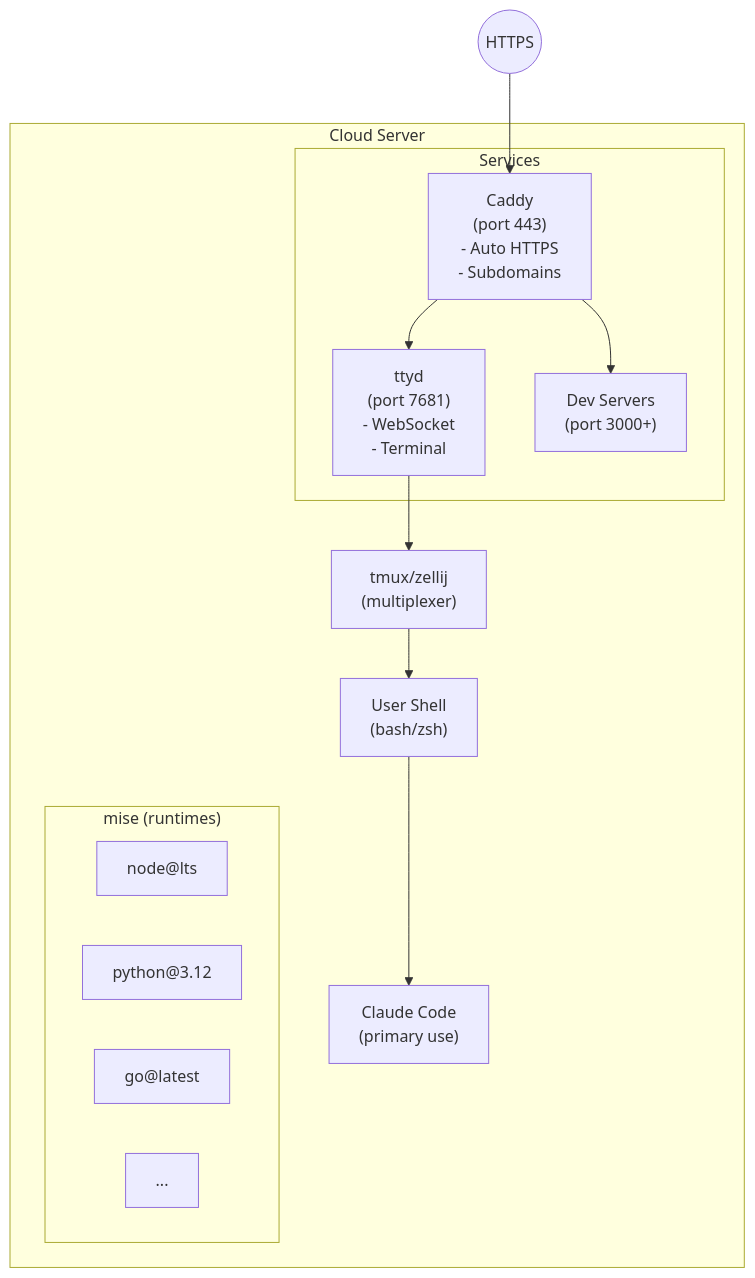
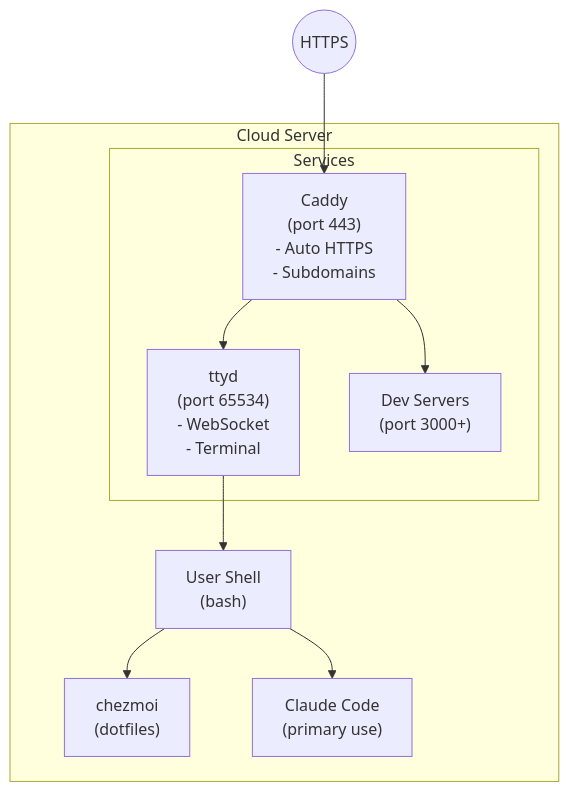
The fourth of 5 diagrams in docs/architecture.md (HenkVanMaanen/devbox), drawn with Mermaid before and after one commit. The commit also changed other lines of this file and 25 other files, not shown here.

````diff
--- a/docs/architecture.md
+++ b/docs/architecture.md
@@ -162,26 +160,19 @@
 ```mermaid
 flowchart TB
     subgraph Server["Cloud Server"]
         subgraph Services["Services"]
             Caddy["Caddy<br/>(port 443)<br/>- Auto HTTPS<br/>- Subdomains"]
-            ttyd["ttyd<br/>(port 7681)<br/>- WebSocket<br/>- Terminal"]
+            ttyd["ttyd<br/>(port 65534)<br/>- WebSocket<br/>- Terminal"]
             DevServers["Dev Servers<br/>(port 3000+)"]
         end
 
         Caddy --> ttyd
         Caddy --> DevServers
 
-        ttyd --> Mux["tmux/zellij<br/>(multiplexer)"]
-        Mux --> Shell["User Shell<br/>(bash/zsh)"]
+        ttyd --> Shell["User Shell<br/>(bash)"]
+        Shell --> Chezmoi["chezmoi<br/>(dotfiles)"]
         Shell --> Claude["Claude Code<br/>(primary use)"]
-
-        subgraph Runtimes["mise (runtimes)"]
-            Node["node@lts"]
-            Python["python@3.12"]
-            Go["go@latest"]
-            Other["..."]
-        end
     end
 
     Internet((HTTPS)) --> Caddy
 ```
````
